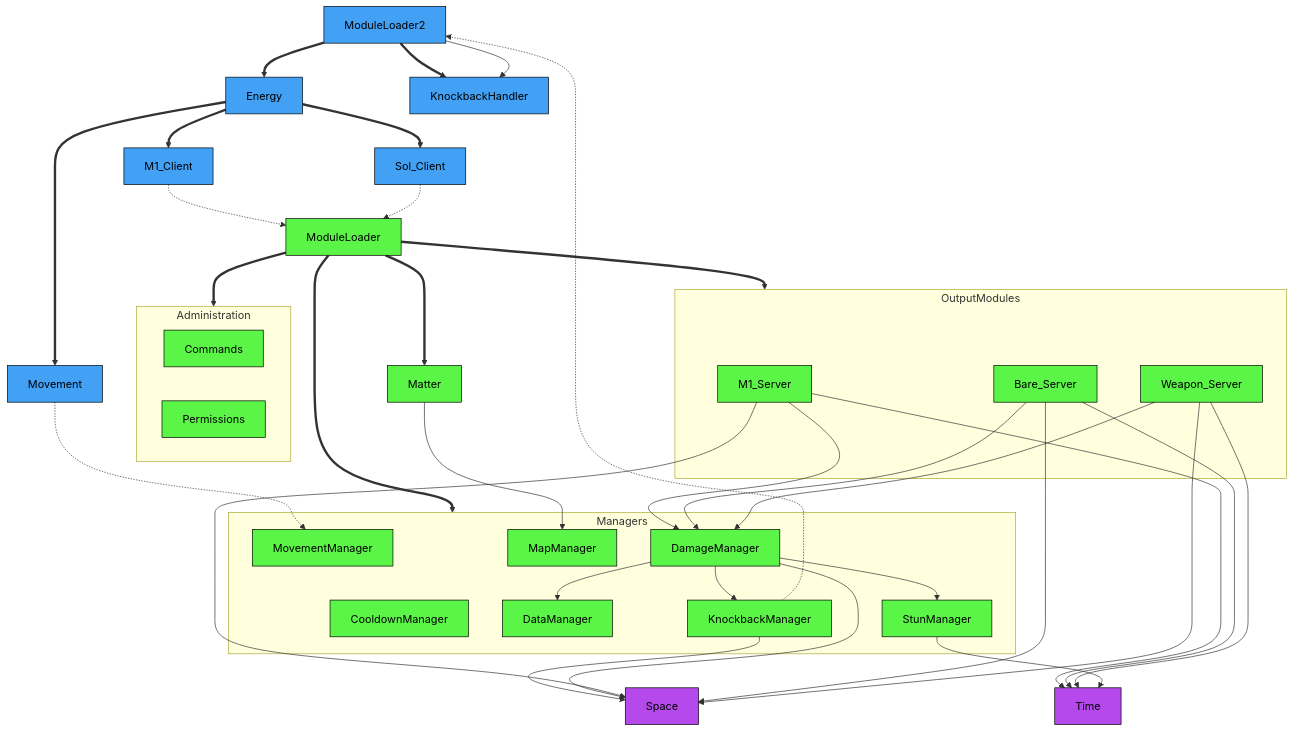
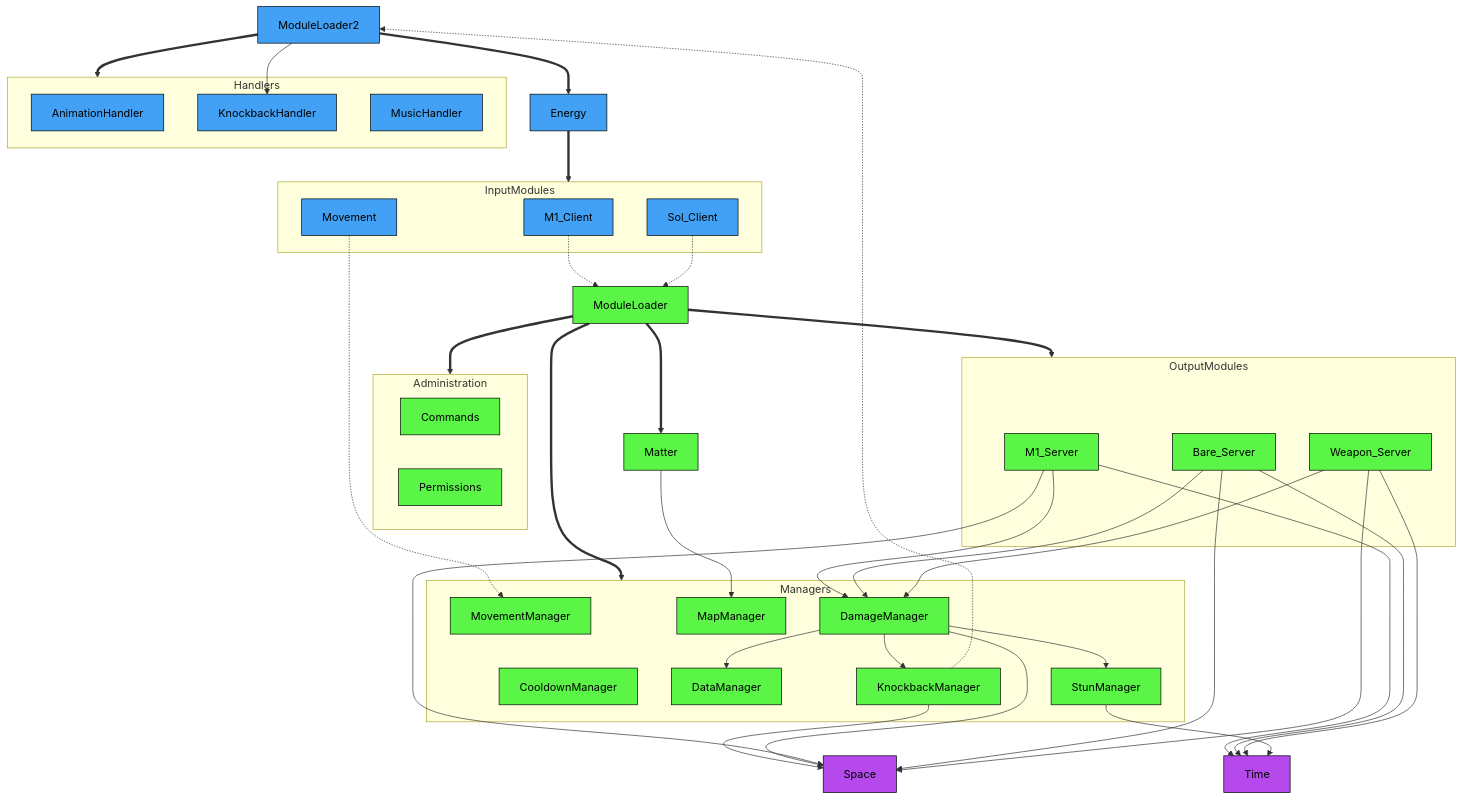
One commit to altair5607249/Crusaders-Game changed the diagram in README.md. Above: the diagram before and after it, drawn with Mermaid.

````diff
--- a/README.md
+++ b/README.md
@@ -37,59 +37,70 @@
 ```mermaid
 flowchart TB;
 
   classDef serverNode fill:#5bf547,stroke:#000000,color:#000000
   classDef clientNode fill:#42a1f5,stroke:#000000,color:#000000
   classDef universalNode fill:#b549eb,stroke:#000000,color:#000000
 
   ModuleLoader2==>Energy;
-  ModuleLoader2==>KnockbackHandler;
-  Energy==>M1_Client;
-  Energy==>Sol_Client;
-  Energy==>Movement;
+  ModuleLoader2==>Handlers;
+  Energy==>InputModules;
+
+  subgraph Handlers
+    AnimationHandler;
+    KnockbackHandler;
+    MusicHandler
+  end
+
+  subgraph InputModules
+    M1_Client;
+    Sol_Client;
+    Movement;
+  end
+
   M1_Client-.->ModuleLoader;
   Sol_Client-.->ModuleLoader;
   Movement-.->MovementManager;
   ModuleLoader==>Administration;
   ModuleLoader==>Managers;
   ModuleLoader==>OutputModules;
   ModuleLoader==>Matter-->MapManager;
 
   subgraph Administration
     Commands;
     Permissions;
   end
 
   subgraph Managers
     CooldownManager;
     DamageManager;
     DataManager;
     KnockbackManager;
     MapManager;
     MovementManager;
     StunManager;
   end
 
   subgraph OutputModules
     M1_Server-->DamageManager;
     Bare_Server-->DamageManager;
     Weapon_Server-->DamageManager;
   end
 
   KnockbackManager-->Space;
   DamageManager-->Space;
   DamageManager-->DataManager;
   DamageManager-->KnockbackManager;
   DamageManager-->StunManager;
   M1_Server-->Time;
   Bare_Server-->Time;
   Weapon_Server-->Time;
   StunManager-->Time;
   M1_Server-->Space;
   Bare_Server-->Space;
   Weapon_Server-->Space;
   KnockbackManager-.->ModuleLoader2-->KnockbackHandler;
 
   class ModuleLoader,M1_Server,Bare_Server,Weapon_Server,MovementManager,Commands,Permissions,CooldownManager,DamageManager,DataManager,KnockbackManager,MapManager,MovementManager,StunManager,Matter serverNode;
-  class ModuleLoader2,Energy,M1_Client,Sol_Client,Movement,KnockbackHandler clientNode;
+  class ModuleLoader2,Energy,M1_Client,Sol_Client,Movement,AnimationHandler,KnockbackHandler,MusicHandler clientNode;
   class Space,Time universalNode;
 ```
````
